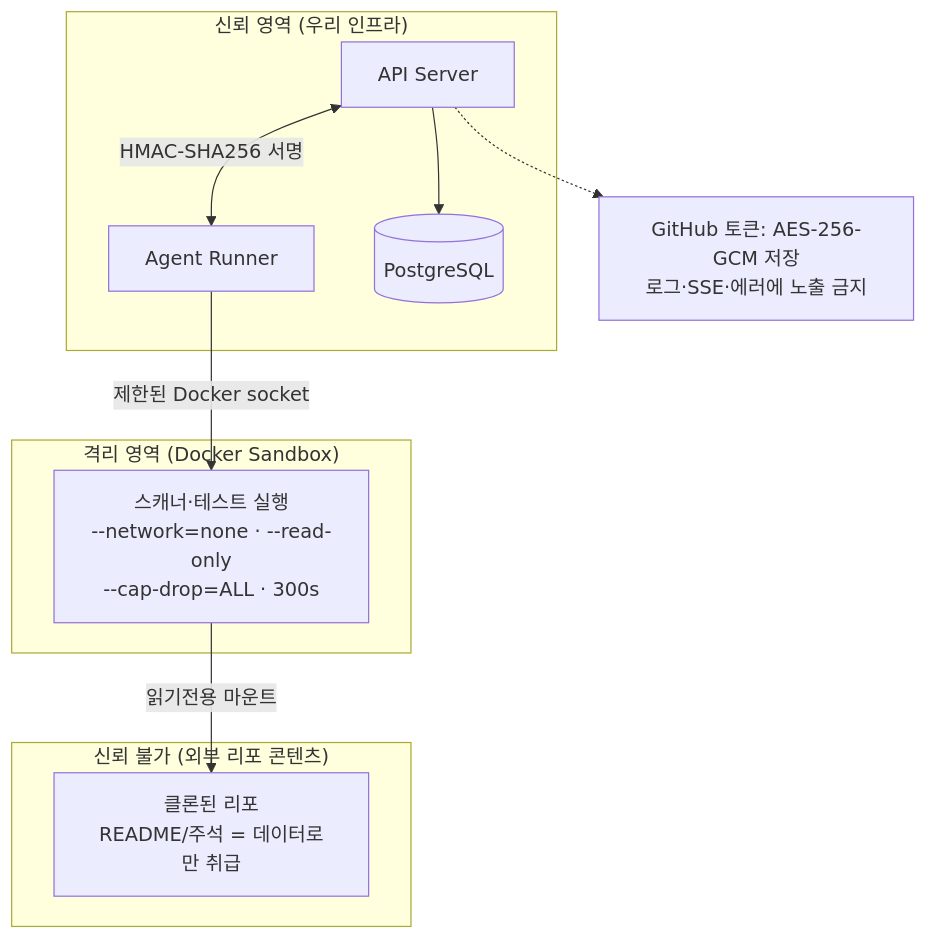
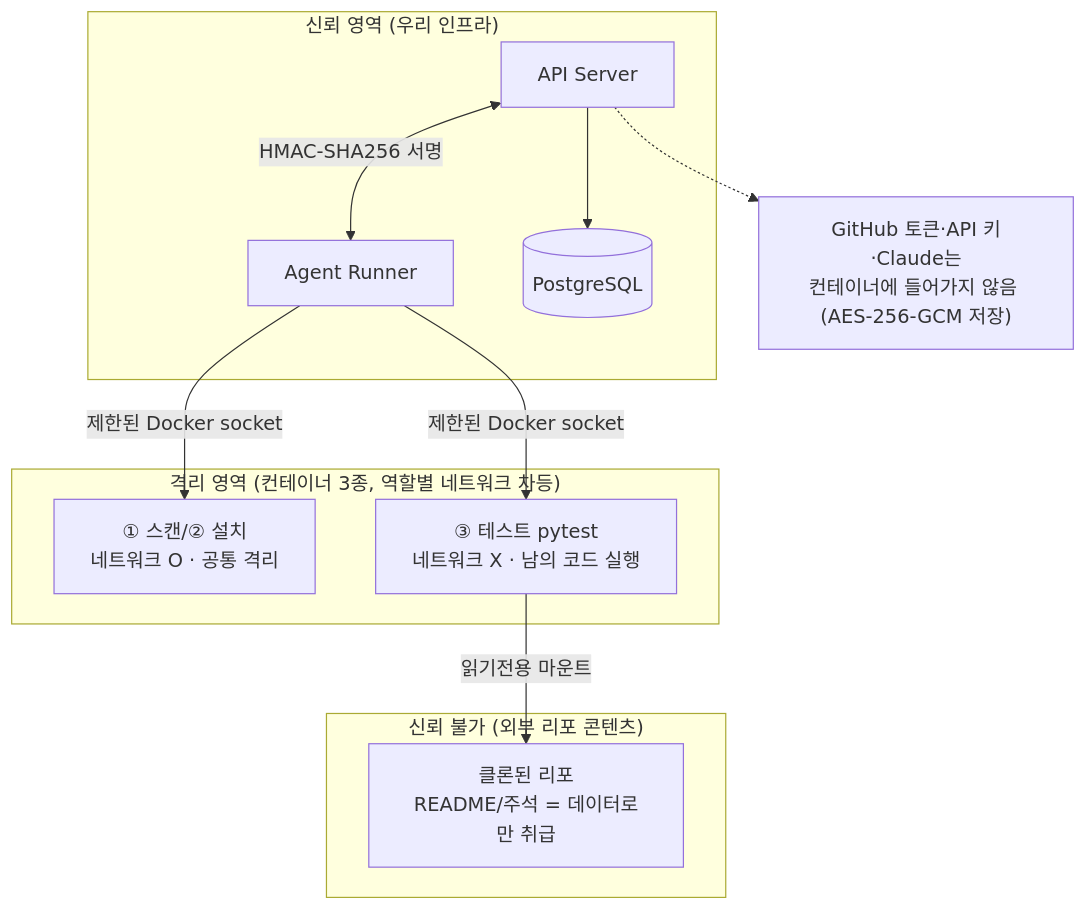
One commit to peachoath/vibeguard changed the eighth of 10 diagrams in DOCS/VibeGuard_Architecture.md. Above: the diagram before and after it, drawn with Mermaid. The commit also changed other lines of this file and 7 other files, not shown here.

````diff
--- a/DOCS/VibeGuard_Architecture.md
+++ b/DOCS/VibeGuard_Architecture.md
@@ -309,22 +320,24 @@
 ```mermaid
 flowchart TB
     subgraph Trusted["신뢰 영역 (우리 인프라)"]
         API[API Server]
         R[Agent Runner]
         DB[(PostgreSQL)]
     end
-    subgraph Sandbox["격리 영역 (Docker Sandbox)"]
-        SB["스캐너·테스트 실행<br/>--network=none · --read-only<br/>--cap-drop=ALL · 300s"]
+    subgraph Sandbox["격리 영역 (컨테이너 3종, 역할별 네트워크 차등)"]
+        SB1["① 스캔/② 설치<br/>네트워크 O · 공통 격리"]
+        SB3["③ 테스트 pytest<br/>네트워크 X · 남의 코드 실행"]
     end
     subgraph Untrusted["신뢰 불가 (외부 리포 콘텐츠)"]
         REPO["클론된 리포<br/>README/주석 = 데이터로만 취급"]
     end
 
     API <-->|HMAC-SHA256 서명| R
-    R -->|제한된 Docker socket| SB
-    SB -->|읽기전용 마운트| REPO
+    R -->|제한된 Docker socket| SB1
+    R -->|제한된 Docker socket| SB3
+    SB3 -->|읽기전용 마운트| REPO
     API --> DB
 
-    note1["GitHub 토큰: AES-256-GCM 저장<br/>로그·SSE·에러에 노출 금지"]
+    note1["GitHub 토큰·API 키·Claude는<br/>컨테이너에 들어가지 않음 (AES-256-GCM 저장)"]
     API -.-> note1
 ```
````
